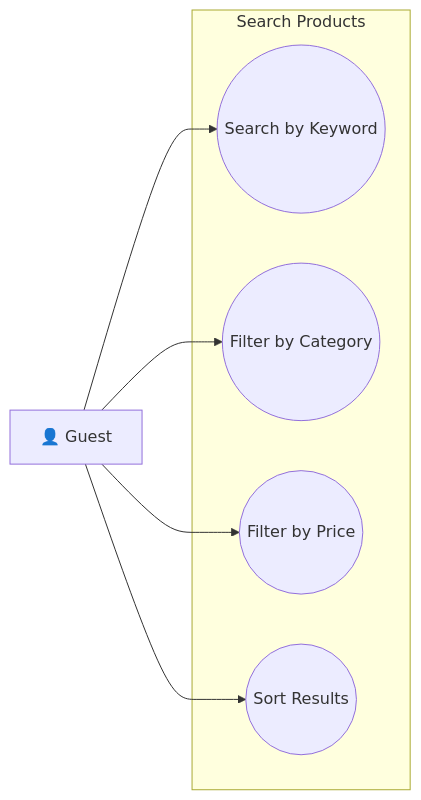
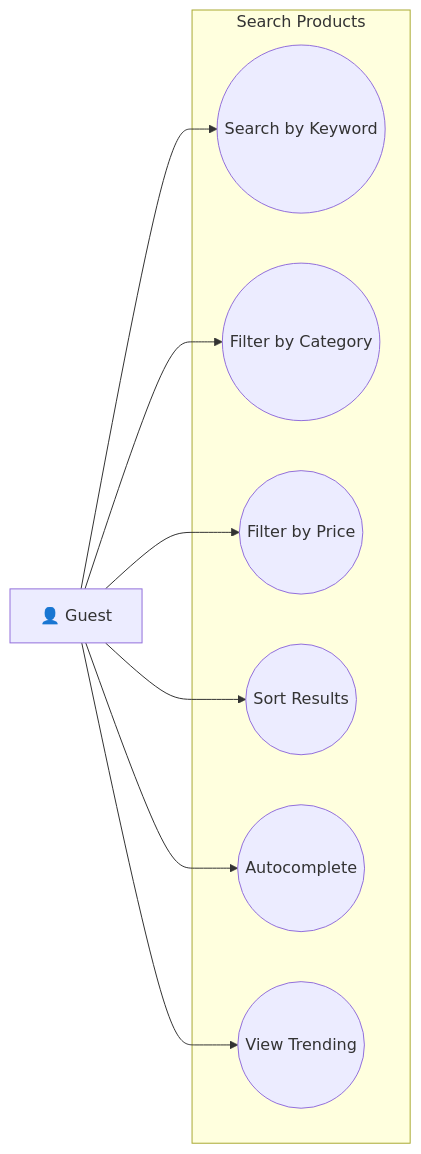
The second of 10 diagrams in documents/usecase_diagrams/USECASE_SPECIFICATION_GUEST.md (ThuanNgcodelor/VibeX-E-Commerce), drawn with Mermaid before and after one commit. The commit also changed other lines of this file and 19 other files, not shown here.

````diff
--- a/documents/usecase_diagrams/USECASE_SPECIFICATION_GUEST.md
+++ b/documents/usecase_diagrams/USECASE_SPECIFICATION_GUEST.md
@@ -62,14 +62,18 @@
 ```mermaid
 graph LR
     GUEST[👤 Guest]
     subgraph "Search Products"
         UC1((Search by Keyword))
         UC2((Filter by Category))
         UC3((Filter by Price))
         UC4((Sort Results))
+        UC5((Autocomplete))
+        UC6((View Trending))
     end
     GUEST --> UC1
     GUEST --> UC2
     GUEST --> UC3
     GUEST --> UC4
+    GUEST --> UC5
+    GUEST --> UC6
 ```
````
